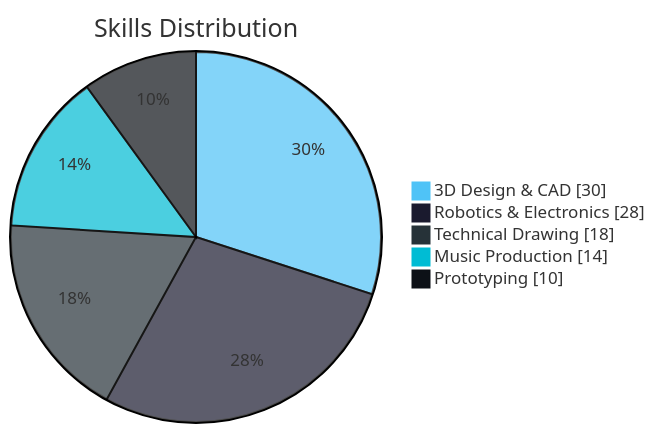
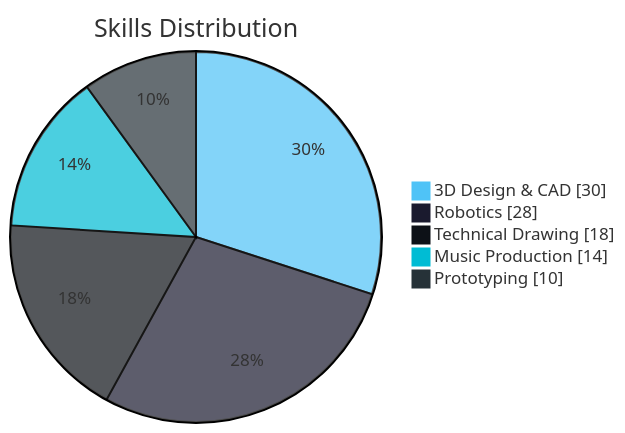
One commit to nasblor/nasblor changed the first of 3 diagrams in readme.md. Above: the diagram before and after it, drawn with Mermaid. The commit also changed other lines of this file, not shown here.

````diff
--- a/readme.md
+++ b/readme.md
@@ -66,10 +47,10 @@
 ```mermaid
-%%{init: {'theme': 'base', 'themeVariables': { 'pie1': '#4FC3F7', 'pie2': '#1a1a2e', 'pie3': '#263238', 'pie4': '#00BCD4', 'pie5': '#0D1117'}}}%%
+%%{init: {'theme': 'base', 'themeVariables': { 'pie1': '#4FC3F7', 'pie2': '#1a1a2e', 'pie3': '#0D1117', 'pie4': '#00BCD4', 'pie5': '#263238'}}}%%
 pie showData
     title Skills Distribution
     "3D Design & CAD" : 30
-    "Robotics & Electronics" : 28
+    "Robotics" : 28
     "Technical Drawing" : 18
     "Music Production" : 14
     "Prototyping" : 10
 ```
````
